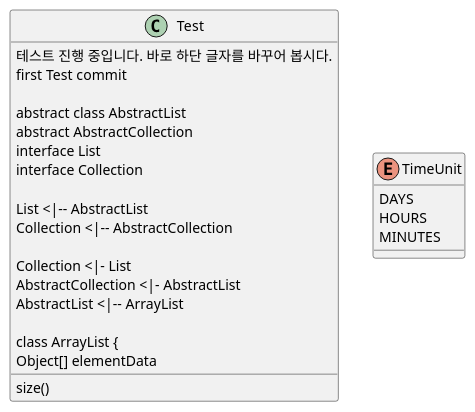
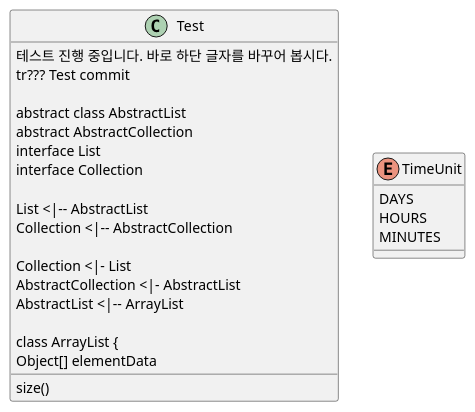
Before and after one commit to PTUnique/PTUniqueTeam2: the diagram in architecture.puml, drawn with PlantUML.

```diff
--- a/architecture.puml
+++ b/architecture.puml
@@ -1,30 +1,30 @@
 @startuml
 
 class Test{
 테스트 진행 중입니다. 바로 하단 글자를 바꾸어 봅시다.
-first Test commit
+tr??? Test commit
 
 abstract class AbstractList
 abstract AbstractCollection
 interface List
 interface Collection
 
 List <|-- AbstractList
 Collection <|-- AbstractCollection
 
 Collection <|- List
 AbstractCollection <|- AbstractList
 AbstractList <|-- ArrayList
 
 class ArrayList {
 Object[] elementData
 size()
 }
 
 enum TimeUnit {
 DAYS
 HOURS
 MINUTES
 }
 
 @enduml
```
